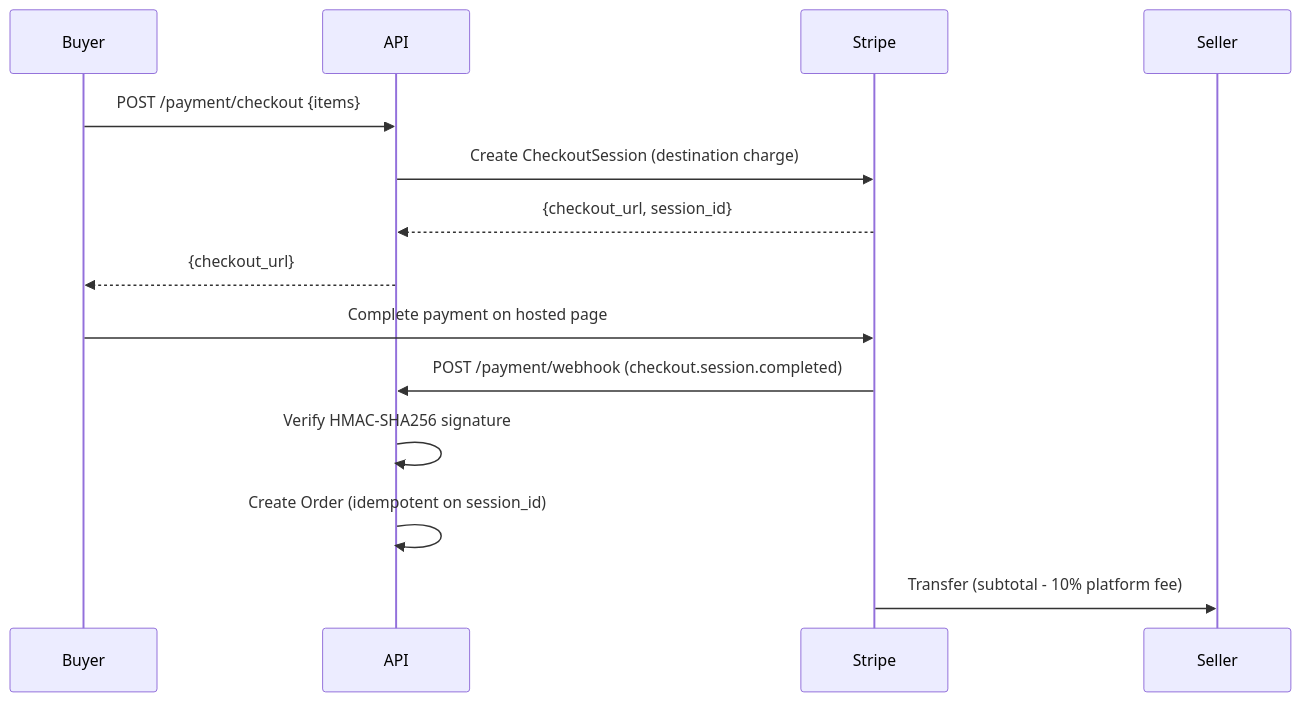
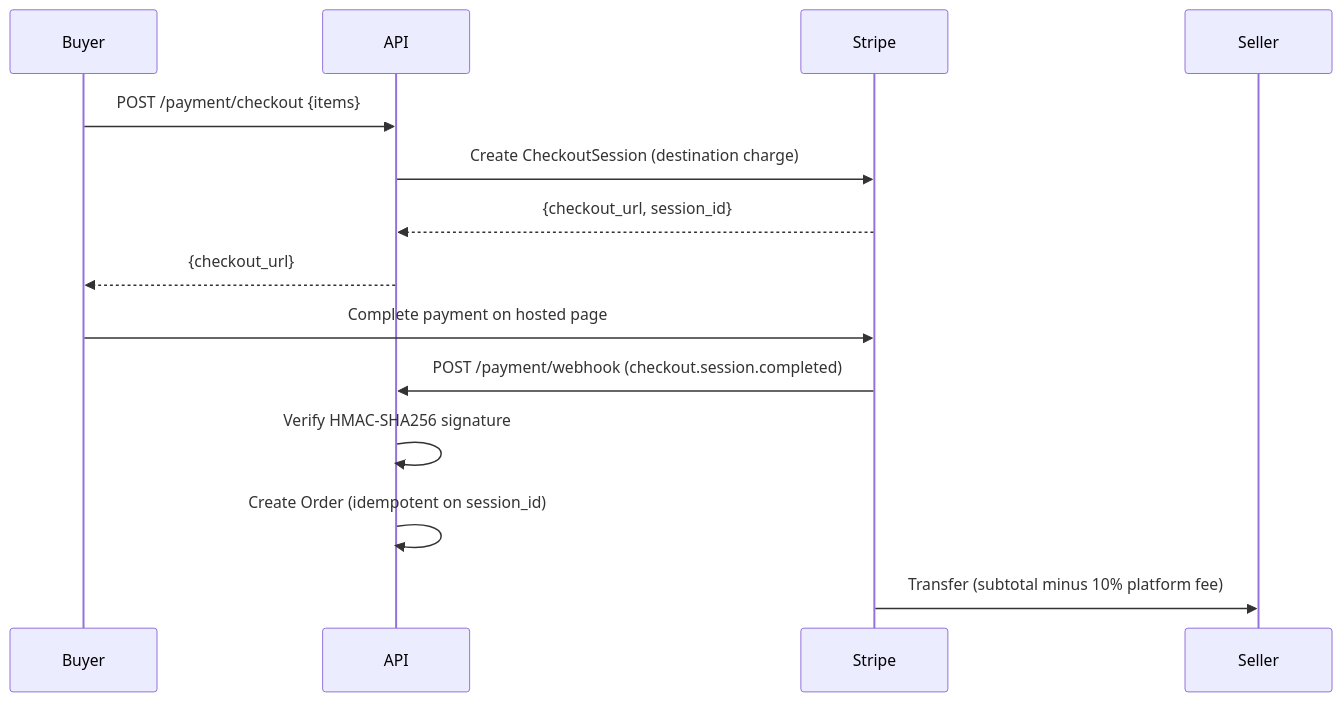
One commit to Olayanju-1234/Ecommerce-theta changed the third of 3 diagrams in README.md. Above: the diagram before and after it, drawn with Mermaid. The commit also changed other lines of this file, not shown here.

````diff
--- a/README.md
+++ b/README.md
@@ -269,18 +286,18 @@
 ```mermaid
 sequenceDiagram
     participant Buyer
     participant API
     participant Stripe
     participant Seller
 
     Buyer->>API: POST /payment/checkout {items}
     API->>Stripe: Create CheckoutSession (destination charge)
     Stripe-->>API: {checkout_url, session_id}
     API-->>Buyer: {checkout_url}
 
     Buyer->>Stripe: Complete payment on hosted page
     Stripe->>API: POST /payment/webhook (checkout.session.completed)
     API->>API: Verify HMAC-SHA256 signature
     API->>API: Create Order (idempotent on session_id)
-    Stripe->>Seller: Transfer (subtotal - 10% platform fee)
+    Stripe->>Seller: Transfer (subtotal minus 10% platform fee)
 ```
````
